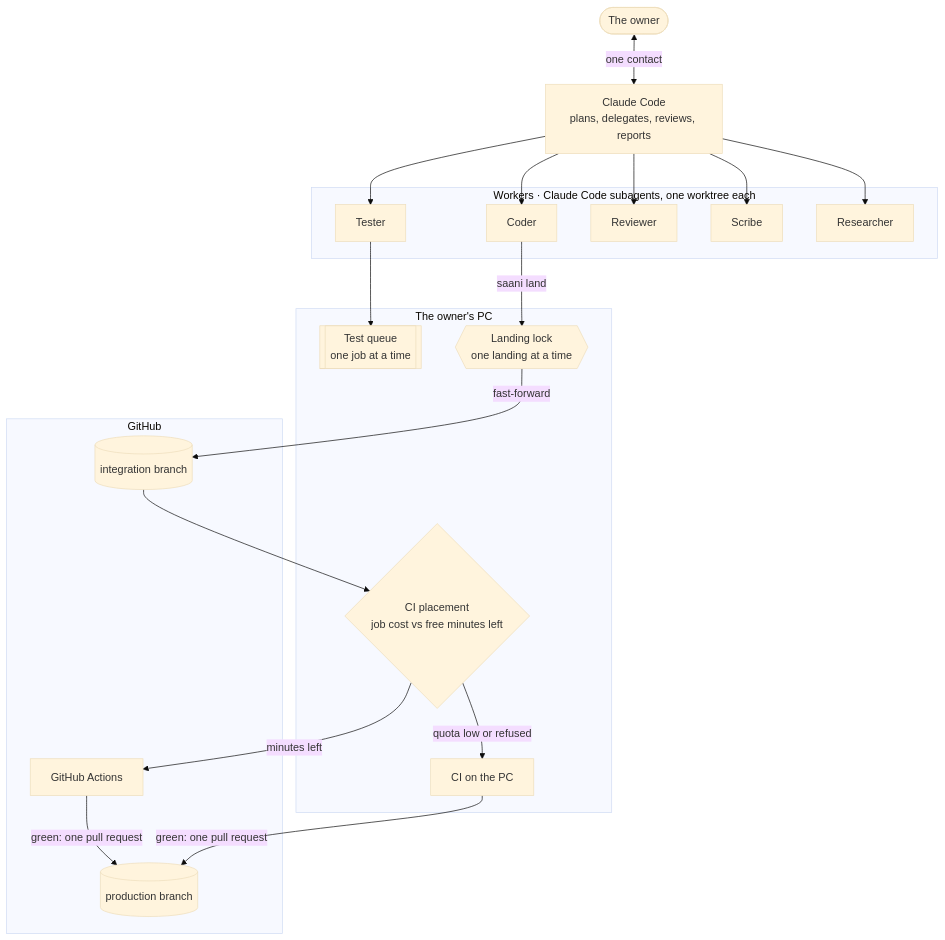
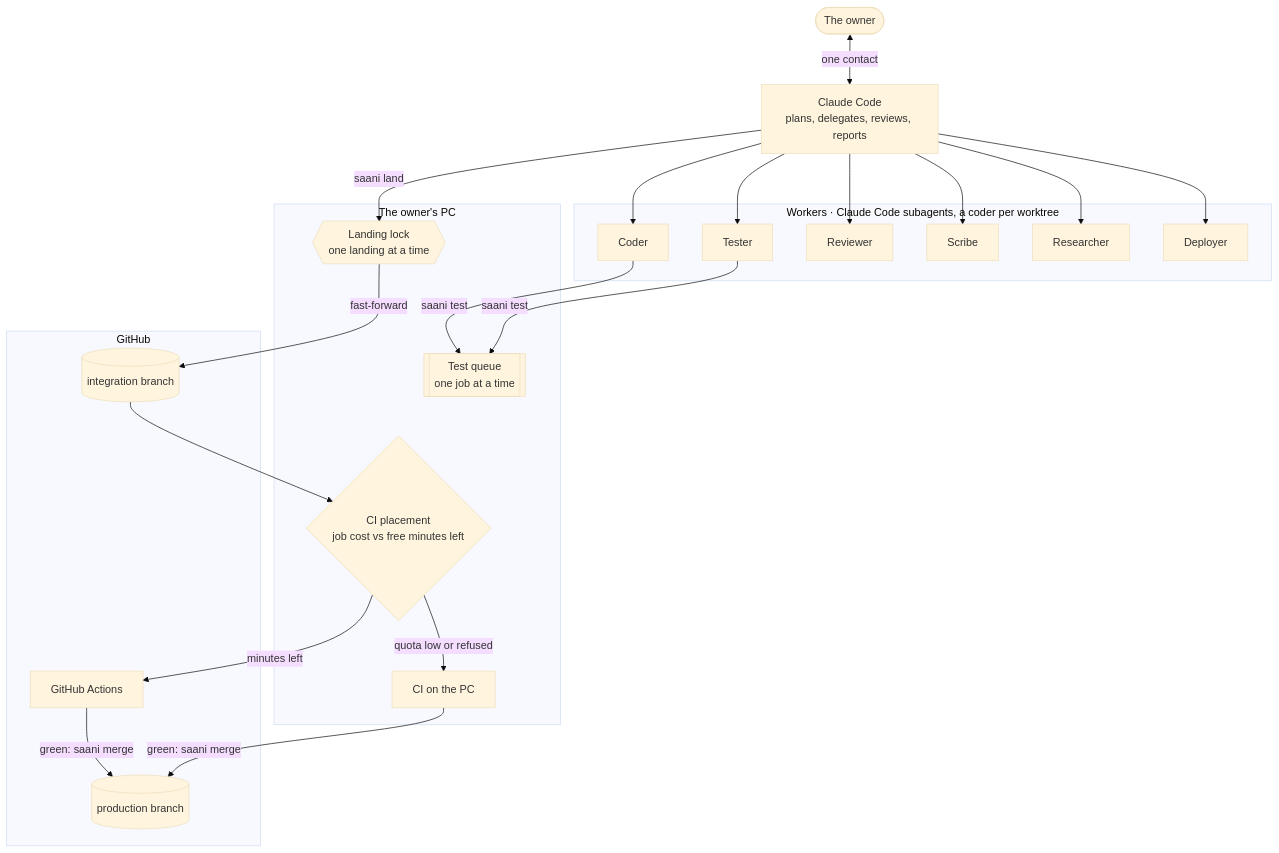
Before and after one commit to lordlothar99/saani: the diagram in docs/SAANI.md, drawn with Mermaid (base theme). The commit also changed other lines of this file, not shown here.

First line of the commit message:
SAANI.md: the auto run first, Claude Code lands (not a worker), the Deployer in the diagram, away's pid and trust warning, status's dead-process warning, the map's Type colours and storm, the guard's refusals of release and auto away, wrapped at 140 (refs #37)

````diff
--- a/docs/SAANI.md
+++ b/docs/SAANI.md
@@ -33,33 +36,34 @@
 ```mermaid
 flowchart TB
     owner(["The owner"])
     architect["Claude Code<br/>plans, delegates, reviews, reports"]
     owner <-->|one contact| architect
-    subgraph workers["Workers · Claude Code subagents, one worktree each"]
+    subgraph workers["Workers · Claude Code subagents, a coder per worktree"]
         coder["Coder"]
         tester["Tester"]
         reviewer["Reviewer"]
         scribe["Scribe"]
         researcher["Researcher"]
+        deployer["Deployer"]
     end
-    architect --> coder & tester & reviewer & scribe & researcher
+    architect --> coder & tester & reviewer & scribe & researcher & deployer
     subgraph pc["The owner's PC"]
         queue[["Test queue<br/>one job at a time"]]
         lock{{"Landing lock<br/>one landing at a time"}}
         placer{"CI placement<br/>job cost vs free minutes left"}
         localci["CI on the PC"]
     end
-    tester --> queue
-    coder -->|saani land| lock
+    coder & tester -->|saani test| queue
+    architect -->|saani land| lock
     subgraph github["GitHub"]
         integ[("integration branch")]
         prod[("production branch")]
         actions["GitHub Actions"]
     end
     lock -->|fast-forward| integ
     integ --> placer
     placer -->|minutes left| actions
     placer -->|quota low or refused| localci
-    actions -->|green: one pull request| prod
-    localci -->|green: one pull request| prod
+    actions -->|green: saani merge| prod
+    localci -->|green: saani merge| prod
 ```
````
